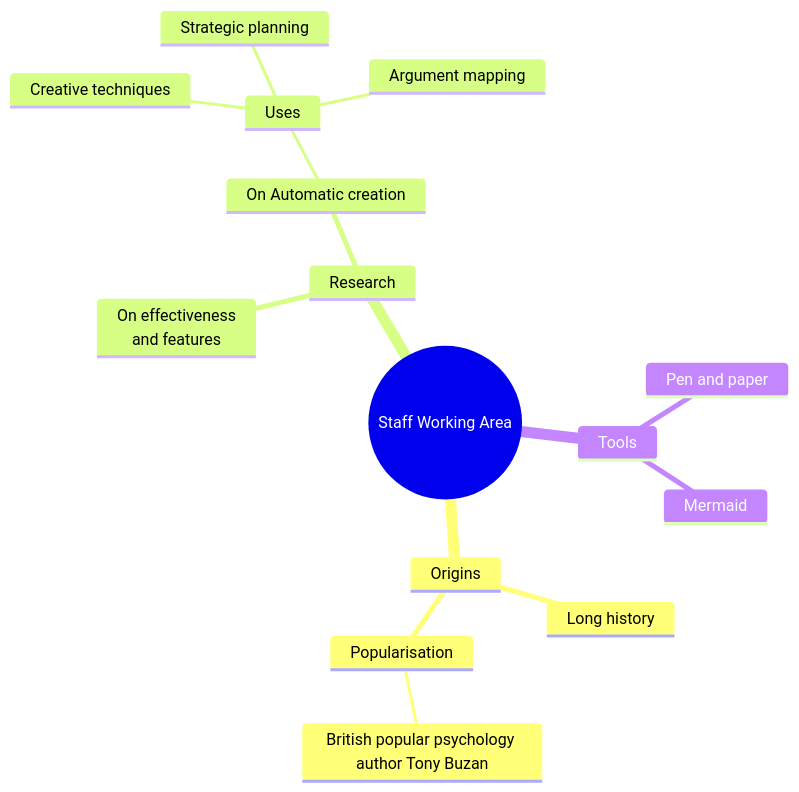
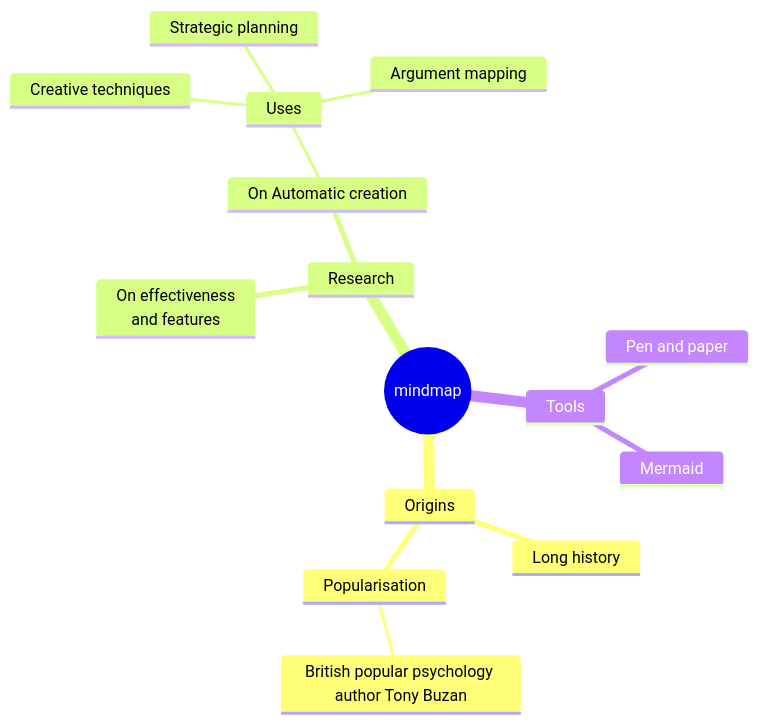
One commit to hinczhang/GraduteThesis_Master changed the diagram in Schedule/README.md. Above: the diagram before and after it, drawn with Mermaid.

Commit message:
daily update

````diff
--- a/Schedule/README.md
+++ b/Schedule/README.md
@@ -22,20 +22,19 @@
 ```mermaid
 mindmap
-  root((Staff Working Area))
-  ::icon(fa-address-card)
+  root((mindmap))
     Origins
       Long history
       ::icon(fa fa-book)
       Popularisation
         British popular psychology author Tony Buzan
     Research
       On effectiveness<br/>and features
       On Automatic creation
         Uses
             Creative techniques
             Strategic planning
             Argument mapping
     Tools
       Pen and paper
       Mermaid
 ```
````
